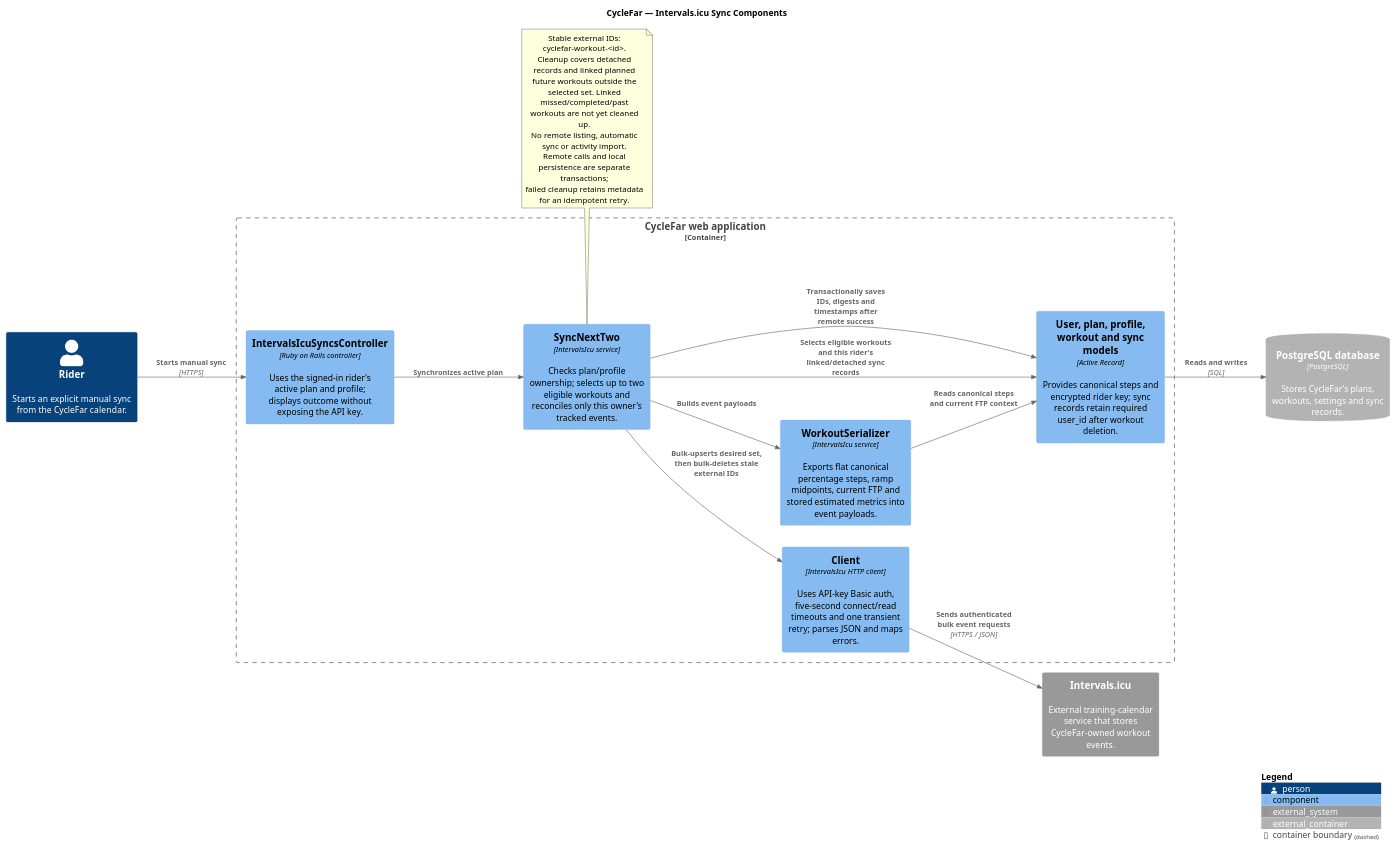
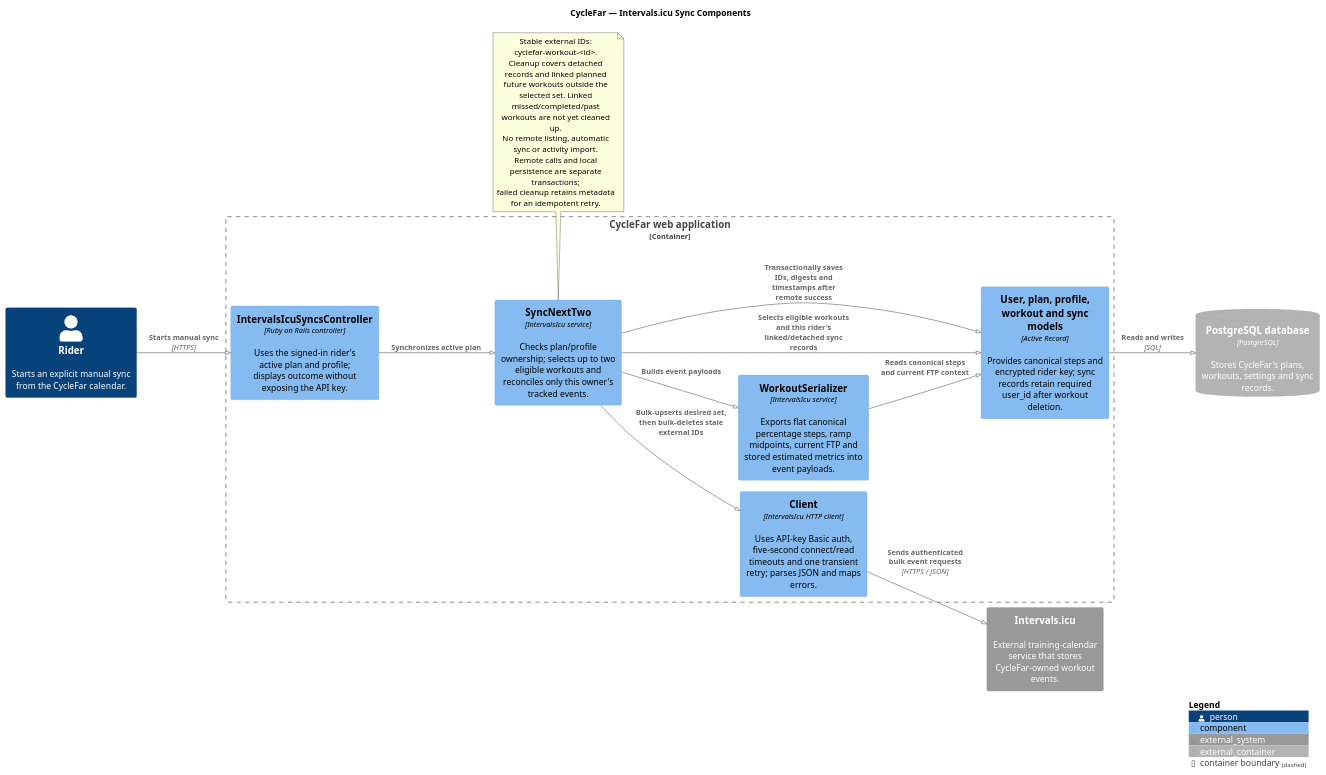
Before and after one commit to richardhartme/cyclefar: the diagram in docs/diagrams/component-cyclefar-intervals-icu-sync.puml, drawn with PlantUML. The commit also changed 20 other files, not shown here.

Commit message:
Update architecture diagrams and add PNG exports

```diff
--- a/docs/diagrams/component-cyclefar-intervals-icu-sync.puml
+++ b/docs/diagrams/component-cyclefar-intervals-icu-sync.puml
@@ -1,42 +1,43 @@
-@startuml CycleFar Intervals ICU Sync Components
+@startuml
+!pragma layout smetana
 ' Scope and limitations: README.md
 !include https://raw.githubusercontent.com/plantuml-stdlib/C4-PlantUML/master/C4_Component.puml
 
 title CycleFar — Intervals.icu Sync Components
 
 LAYOUT_LEFT_RIGHT()
 
 Person(rider, "Rider", "Starts an explicit manual sync from the CycleFar calendar.")
 System_Ext(intervals_icu, "Intervals.icu", "External training-calendar service that stores CycleFar-owned workout events.")
 ContainerDb_Ext(database, "PostgreSQL database", "PostgreSQL", "Stores CycleFar's plans, workouts, settings and sync records.")
 
 Container_Boundary(web_application, "CycleFar web application") {
   Component(controller, "IntervalsIcuSyncsController", "Ruby on Rails controller", "Uses the signed-in rider's active plan and profile; displays outcome without exposing the API key.")
   Component(sync, "SyncNextTwo", "IntervalsIcu service", "Checks plan/profile ownership; selects up to two eligible workouts and reconciles only this owner's tracked events.")
   Component(serializer, "WorkoutSerializer", "IntervalsIcu service", "Exports flat canonical percentage steps, ramp midpoints, current FTP and stored estimated metrics into event payloads.")
   Component(client, "Client", "IntervalsIcu HTTP client", "Uses API-key Basic auth, five-second connect/read timeouts and one transient retry; parses JSON and maps errors.")
   Component(models, "User, plan, profile, workout and sync models", "Active Record", "Provides canonical steps and encrypted rider key; sync records retain required user_id after workout deletion.")
 }
 
 Rel(rider, controller, "Starts manual sync", "HTTPS")
 Rel(controller, sync, "Synchronizes active plan")
 Rel(sync, models, "Selects eligible workouts and this rider's linked/detached sync records")
 Rel(sync, serializer, "Builds event payloads")
 Rel(serializer, models, "Reads canonical steps and current FTP context")
 Rel(sync, client, "Bulk-upserts desired set, then bulk-deletes stale external IDs")
 Rel(client, intervals_icu, "Sends authenticated bulk event requests", "HTTPS / JSON")
 Rel(sync, models, "Transactionally saves IDs, digests and timestamps after remote success")
 Rel(models, database, "Reads and writes", "SQL")
 
 note bottom of sync
   Stable external IDs: cyclefar-workout-<id>.
   Cleanup covers detached records and linked planned
   future workouts outside the selected set. Linked
   missed/completed/past workouts are not yet cleaned up.
   No remote listing, automatic sync or activity import.
   Remote calls and local persistence are separate transactions;
   failed cleanup retains metadata for an idempotent retry.
 end note
 
 SHOW_LEGEND()
 @enduml
```
